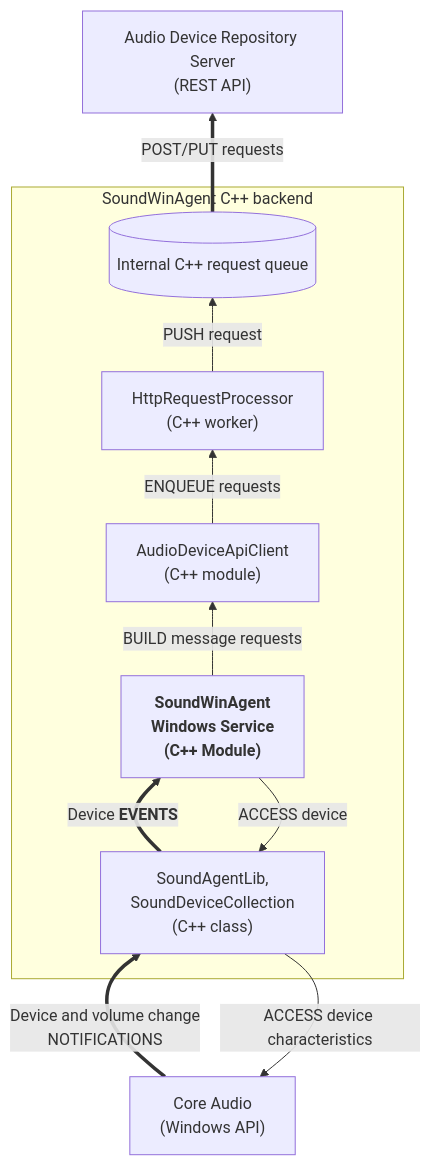
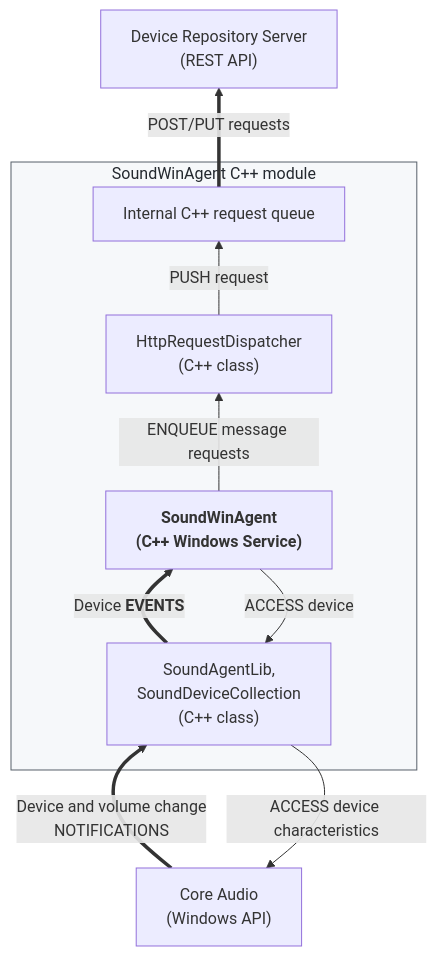
The diagram in docs/module-interaction02-pred00.mmd (collect-sound-devices/win-sound-scanner-go), drawn with Mermaid before and after one commit. The commit also changed 5 other files, not shown here.

Commit message:
refactor: update module interaction diagrams for clarity and consistency

```diff
--- a/docs/module-interaction02-pred00.mmd
+++ b/docs/module-interaction02-pred00.mmd
@@ -1,23 +1,25 @@
 flowchart BT
 
-  WIN["Core Audio<br>(Windows API)"]
+WIN["Core Audio<br>(Windows API)"]
 
-  subgraph BCK["SoundWinAgent C++ backend"]
-    LIB["SoundAgentLib,<br>SoundDeviceCollection<br>(C++ class)"]
-    APICLI["AudioDeviceApiClient<br>(C++ module)"]
-    HTTPPROC["HttpRequestProcessor<br>(C++ worker)"]
+subgraph BCK["SoundWinAgent C++ module"]
+	LIB["SoundAgentLib,<br>SoundDeviceCollection<br>(C++ class)"]
+	HTTPPROC["HttpRequestDispatcher<br>(C++ class)"]
 
-  APP["<b>SoundWinAgent<br>Windows Service<br>(C++ Module)</b>"]
-      CQUEUE[("Internal C++ request queue")]
-  end
-API["Audio Device Repository Server<br>(REST API)"]
+	APP["<b>SoundWinAgent<br>(C++ Windows Service)</b>"]
+	CQUEUE["Internal C++ request queue"]
 
-  APP --> |ACCESS device| LIB
-  WIN ==> |Device and volume change<br>NOTIFICATIONS| LIB
-  LIB --> |ACCESS device characteristics| WIN
-  LIB ==> |Device <b>EVENTS</b>| APP
+	APP --> |ENQUEUE message requests| HTTPPROC
+end
+style BCK fill:#f6f8fa,stroke:#57606a,color:#24292f
 
-  APP --> |BUILD message requests| APICLI
-  APICLI --> |ENQUEUE requests| HTTPPROC
-  HTTPPROC --> |PUSH request| CQUEUE
-  CQUEUE ==> |POST/PUT requests| API
+WIN ==> |Device and volume change<br>NOTIFICATIONS| LIB
+LIB --> |ACCESS device characteristics| WIN
+
+API["Device Repository Server<br>(REST API)"]
+
+APP --> |ACCESS device| LIB
+LIB ==> |Device <b>EVENTS</b>| APP
+
+HTTPPROC --> |PUSH request| CQUEUE
+CQUEUE ==> |POST/PUT requests| API
```
